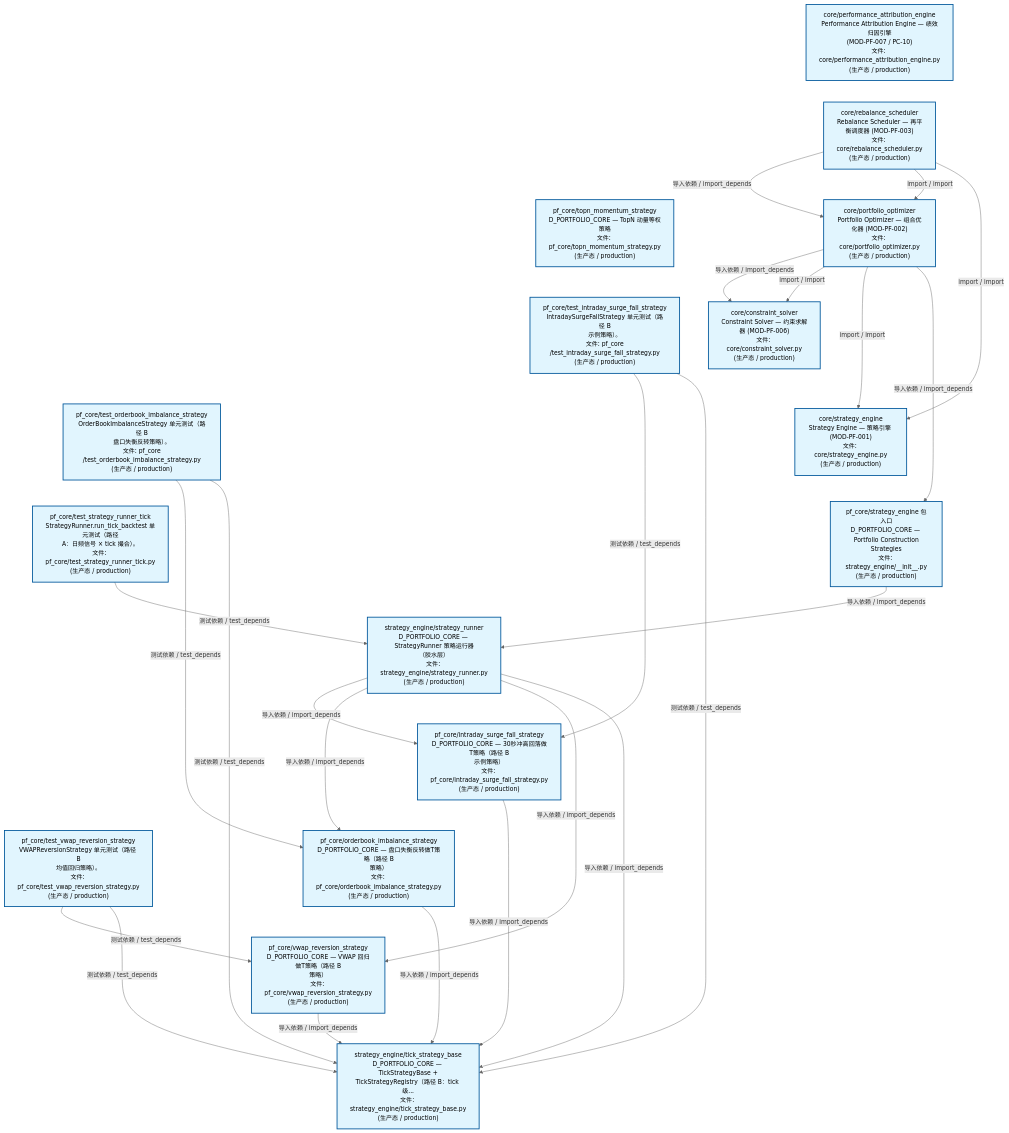
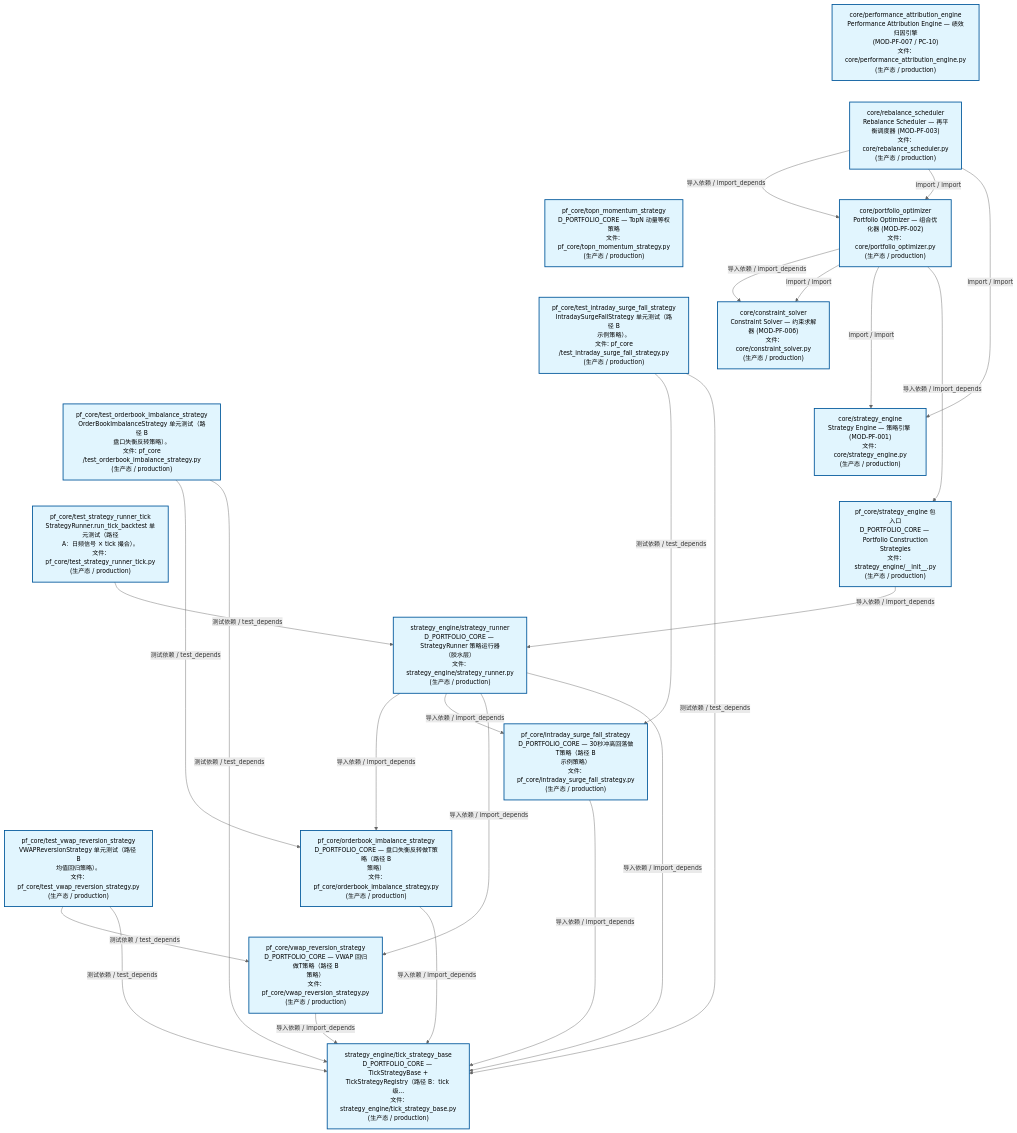
Before and after one commit to xuanFelixVan/ZephyrAlpha: the second of 3 diagrams in docs/02_enterprise_architecture/02_domain_architecture_docs/63_d_pf_core.md, drawn with Mermaid. The commit also changed other lines of this file and 43 other files, not shown here.

````diff
--- a/docs/02_enterprise_architecture/02_domain_architecture_docs/63_d_pf_core.md
+++ b/docs/02_enterprise_architecture/02_domain_architecture_docs/63_d_pf_core.md
@@ -139,57 +139,57 @@
 ```mermaid
 %%{init: {'theme': 'base', 'themeVariables': {'primaryColor': '#eaeaea', 'primaryTextColor': '#333333', 'primaryBorderColor': '#666666', 'lineColor': '#666666', 'secondaryColor': '#eaeaea', 'tertiaryColor': '#eaeaea', 'fontSize': '14px'}}}%%
 flowchart TD
     src_zephyr_pf_core_core_performance_attribution_engine_py["core/performance_attribution_engine<br/>Performance Attribution Engine — 绩效归因引擎<br/>(MOD-PF-007 / PC-10)<br/>文件: core/performance_attribution_engine.py<br/>(生产态 / production)"]
     src_zephyr_pf_core_core_rebalance_scheduler_py["core/rebalance_scheduler<br/>Rebalance Scheduler — 再平衡调度器 (MOD-PF-003)<br/>文件: core/rebalance_scheduler.py<br/>(生产态 / production)"]
     src_zephyr_pf_core_topn_momentum_strategy_py["pf_core/topn_momentum_strategy<br/>D_PORTFOLIO_CORE — TopN 动量等权策略<br/>文件: pf_core/topn_momentum_strategy.py<br/>(生产态 / production)"]
     tests_pf_core_test_intraday_surge_fall_strategy_py["pf_core/test_intraday_surge_fall_strategy<br/>IntradaySurgeFallStrategy 单元测试（路径 B<br/>示例策略）。<br/>文件: pf_core<br/>/test_intraday_surge_fall_strategy.py<br/>(生产态 / production)"]
     tests_pf_core_test_orderbook_imbalance_strategy_py["pf_core/test_orderbook_imbalance_strategy<br/>OrderBookImbalanceStrategy 单元测试（路径 B<br/>盘口失衡反转策略）。<br/>文件: pf_core<br/>/test_orderbook_imbalance_strategy.py<br/>(生产态 / production)"]
     tests_pf_core_test_strategy_runner_tick_py["pf_core/test_strategy_runner_tick<br/>StrategyRunner.run_tick_backtest 单元测试（路径<br/>A：日频信号 × tick 撮合）。<br/>文件: pf_core/test_strategy_runner_tick.py<br/>(生产态 / production)"]
     tests_pf_core_test_vwap_reversion_strategy_py["pf_core/test_vwap_reversion_strategy<br/>VWAPReversionStrategy 单元测试（路径 B<br/>均值回归策略）。<br/>文件: pf_core/test_vwap_reversion_strategy.py<br/>(生产态 / production)"]
     src_zephyr_pf_core_core_performance_attribution_engine_py ~~~ src_zephyr_pf_core_core_rebalance_scheduler_py
     src_zephyr_pf_core_core_rebalance_scheduler_py ~~~ src_zephyr_pf_core_topn_momentum_strategy_py
     src_zephyr_pf_core_topn_momentum_strategy_py ~~~ tests_pf_core_test_intraday_surge_fall_strategy_py
     tests_pf_core_test_intraday_surge_fall_strategy_py ~~~ tests_pf_core_test_orderbook_imbalance_strategy_py
     tests_pf_core_test_orderbook_imbalance_strategy_py ~~~ tests_pf_core_test_strategy_runner_tick_py
     tests_pf_core_test_strategy_runner_tick_py ~~~ tests_pf_core_test_vwap_reversion_strategy_py
     src_zephyr_pf_core_core_portfolio_optimizer_py["core/portfolio_optimizer<br/>Portfolio Optimizer — 组合优化器 (MOD-PF-002)<br/>文件: core/portfolio_optimizer.py<br/>(生产态 / production)"]
     src_zephyr_pf_core_core_constraint_solver_py["core/constraint_solver<br/>Constraint Solver — 约束求解器 (MOD-PF-006)<br/>文件: core/constraint_solver.py<br/>(生产态 / production)"]
     src_zephyr_pf_core_core_strategy_engine_py["core/strategy_engine<br/>Strategy Engine — 策略引擎 (MOD-PF-001)<br/>文件: core/strategy_engine.py<br/>(生产态 / production)"]
     src_zephyr_pf_core_strategy_engine_init_py["pf_core/strategy_engine 包入口<br/>D_PORTFOLIO_CORE — Portfolio Construction<br/>Strategies<br/>文件: strategy_engine/__init__.py<br/>(生产态 / production)"]
     src_zephyr_pf_core_core_constraint_solver_py ~~~ src_zephyr_pf_core_core_strategy_engine_py
     src_zephyr_pf_core_core_strategy_engine_py ~~~ src_zephyr_pf_core_strategy_engine_init_py
     src_zephyr_pf_core_strategy_engine_strategy_runner_py["strategy_engine/strategy_runner<br/>D_PORTFOLIO_CORE — StrategyRunner 策略运行器<br/>（胶水层）<br/>文件: strategy_engine/strategy_runner.py<br/>(生产态 / production)"]
     src_zephyr_pf_core_intraday_surge_fall_strategy_py["pf_core/intraday_surge_fall_strategy<br/>D_PORTFOLIO_CORE — 30秒冲高回落做T策略（路径 B<br/>示例策略）<br/>文件: pf_core/intraday_surge_fall_strategy.py<br/>(生产态 / production)"]
     src_zephyr_pf_core_orderbook_imbalance_strategy_py["pf_core/orderbook_imbalance_strategy<br/>D_PORTFOLIO_CORE — 盘口失衡反转做T策略（路径 B<br/>策略）<br/>文件: pf_core/orderbook_imbalance_strategy.py<br/>(生产态 / production)"]
     src_zephyr_pf_core_vwap_reversion_strategy_py["pf_core/vwap_reversion_strategy<br/>D_PORTFOLIO_CORE — VWAP 回归做T策略（路径 B<br/>策略）<br/>文件: pf_core/vwap_reversion_strategy.py<br/>(生产态 / production)"]
     src_zephyr_pf_core_intraday_surge_fall_strategy_py ~~~ src_zephyr_pf_core_orderbook_imbalance_strategy_py
     src_zephyr_pf_core_orderbook_imbalance_strategy_py ~~~ src_zephyr_pf_core_vwap_reversion_strategy_py
     src_zephyr_pf_core_strategy_engine_tick_strategy_base_py["strategy_engine/tick_strategy_base<br/>D_PORTFOLIO_CORE — TickStrategyBase +<br/>TickStrategyRegistry（路径 B：tick 级...<br/>文件: strategy_engine/tick_strategy_base.py<br/>(生产态 / production)"]
+    src_zephyr_pf_core_orderbook_imbalance_strategy_py -->|导入依赖 / import_depends| src_zephyr_pf_core_strategy_engine_tick_strategy_base_py
     src_zephyr_pf_core_intraday_surge_fall_strategy_py -->|导入依赖 / import_depends| src_zephyr_pf_core_strategy_engine_tick_strategy_base_py
-    src_zephyr_pf_core_orderbook_imbalance_strategy_py -->|导入依赖 / import_depends| src_zephyr_pf_core_strategy_engine_tick_strategy_base_py
-    src_zephyr_pf_core_core_rebalance_scheduler_py -->|导入依赖 / import_depends| src_zephyr_pf_core_core_portfolio_optimizer_py
-    src_zephyr_pf_core_core_rebalance_scheduler_py -->|import / import| src_zephyr_pf_core_core_portfolio_optimizer_py
-    src_zephyr_pf_core_core_rebalance_scheduler_py -->|import / import| src_zephyr_pf_core_core_strategy_engine_py
     src_zephyr_pf_core_vwap_reversion_strategy_py -->|导入依赖 / import_depends| src_zephyr_pf_core_strategy_engine_tick_strategy_base_py
     src_zephyr_pf_core_core_portfolio_optimizer_py -->|导入依赖 / import_depends| src_zephyr_pf_core_core_constraint_solver_py
     src_zephyr_pf_core_core_portfolio_optimizer_py -->|import / import| src_zephyr_pf_core_core_constraint_solver_py
     src_zephyr_pf_core_core_portfolio_optimizer_py -->|import / import| src_zephyr_pf_core_core_strategy_engine_py
     src_zephyr_pf_core_core_portfolio_optimizer_py -->|导入依赖 / import_depends| src_zephyr_pf_core_strategy_engine_init_py
+    src_zephyr_pf_core_core_rebalance_scheduler_py -->|导入依赖 / import_depends| src_zephyr_pf_core_core_portfolio_optimizer_py
+    src_zephyr_pf_core_core_rebalance_scheduler_py -->|import / import| src_zephyr_pf_core_core_portfolio_optimizer_py
+    src_zephyr_pf_core_core_rebalance_scheduler_py -->|import / import| src_zephyr_pf_core_core_strategy_engine_py
+    src_zephyr_pf_core_strategy_engine_init_py -->|导入依赖 / import_depends| src_zephyr_pf_core_strategy_engine_strategy_runner_py
+    src_zephyr_pf_core_strategy_engine_strategy_runner_py -->|导入依赖 / import_depends| src_zephyr_pf_core_orderbook_imbalance_strategy_py
     src_zephyr_pf_core_strategy_engine_strategy_runner_py -->|导入依赖 / import_depends| src_zephyr_pf_core_intraday_surge_fall_strategy_py
-    src_zephyr_pf_core_strategy_engine_strategy_runner_py -->|导入依赖 / import_depends| src_zephyr_pf_core_orderbook_imbalance_strategy_py
     src_zephyr_pf_core_strategy_engine_strategy_runner_py -->|导入依赖 / import_depends| src_zephyr_pf_core_vwap_reversion_strategy_py
     src_zephyr_pf_core_strategy_engine_strategy_runner_py -->|导入依赖 / import_depends| src_zephyr_pf_core_strategy_engine_tick_strategy_base_py
-    src_zephyr_pf_core_strategy_engine_init_py -->|导入依赖 / import_depends| src_zephyr_pf_core_strategy_engine_strategy_runner_py
+    tests_pf_core_test_intraday_surge_fall_strategy_py -->|测试依赖 / test_depends| src_zephyr_pf_core_intraday_surge_fall_strategy_py
+    tests_pf_core_test_intraday_surge_fall_strategy_py -->|测试依赖 / test_depends| src_zephyr_pf_core_strategy_engine_tick_strategy_base_py
     tests_pf_core_test_orderbook_imbalance_strategy_py -->|测试依赖 / test_depends| src_zephyr_pf_core_orderbook_imbalance_strategy_py
     tests_pf_core_test_orderbook_imbalance_strategy_py -->|测试依赖 / test_depends| src_zephyr_pf_core_strategy_engine_tick_strategy_base_py
-    tests_pf_core_test_intraday_surge_fall_strategy_py -->|测试依赖 / test_depends| src_zephyr_pf_core_intraday_surge_fall_strategy_py
-    tests_pf_core_test_intraday_surge_fall_strategy_py -->|测试依赖 / test_depends| src_zephyr_pf_core_strategy_engine_tick_strategy_base_py
+    tests_pf_core_test_strategy_runner_tick_py -->|测试依赖 / test_depends| src_zephyr_pf_core_strategy_engine_strategy_runner_py
     tests_pf_core_test_vwap_reversion_strategy_py -->|测试依赖 / test_depends| src_zephyr_pf_core_vwap_reversion_strategy_py
     tests_pf_core_test_vwap_reversion_strategy_py -->|测试依赖 / test_depends| src_zephyr_pf_core_strategy_engine_tick_strategy_base_py
-    tests_pf_core_test_strategy_runner_tick_py -->|测试依赖 / test_depends| src_zephyr_pf_core_strategy_engine_strategy_runner_py
     classDef production fill:#e1f5fe,stroke:#01579b,stroke-width:2px,color:#000
     classDef design fill:#fff3e0,stroke:#e65100,stroke-width:2px,color:#000,stroke-dasharray: 5 5
     classDef external_prod fill:#e8f4fd,stroke:#0277bd,stroke-width:1px,color:#000
     classDef external_design fill:#fff8e7,stroke:#ef6c00,stroke-width:1px,color:#000,stroke-dasharray: 5 5
     class src_zephyr_pf_core_core_constraint_solver_py,src_zephyr_pf_core_core_performance_attribution_engine_py,src_zephyr_pf_core_core_portfolio_optimizer_py,src_zephyr_pf_core_core_rebalance_scheduler_py,src_zephyr_pf_core_core_strategy_engine_py,src_zephyr_pf_core_intraday_surge_fall_strategy_py,src_zephyr_pf_core_orderbook_imbalance_strategy_py,src_zephyr_pf_core_strategy_engine_init_py,src_zephyr_pf_core_strategy_engine_strategy_runner_py,src_zephyr_pf_core_strategy_engine_tick_strategy_base_py,src_zephyr_pf_core_topn_momentum_strategy_py,src_zephyr_pf_core_vwap_reversion_strategy_py,tests_pf_core_test_intraday_surge_fall_strategy_py,tests_pf_core_test_orderbook_imbalance_strategy_py,tests_pf_core_test_strategy_runner_tick_py,tests_pf_core_test_vwap_reversion_strategy_py production
 ```
````
